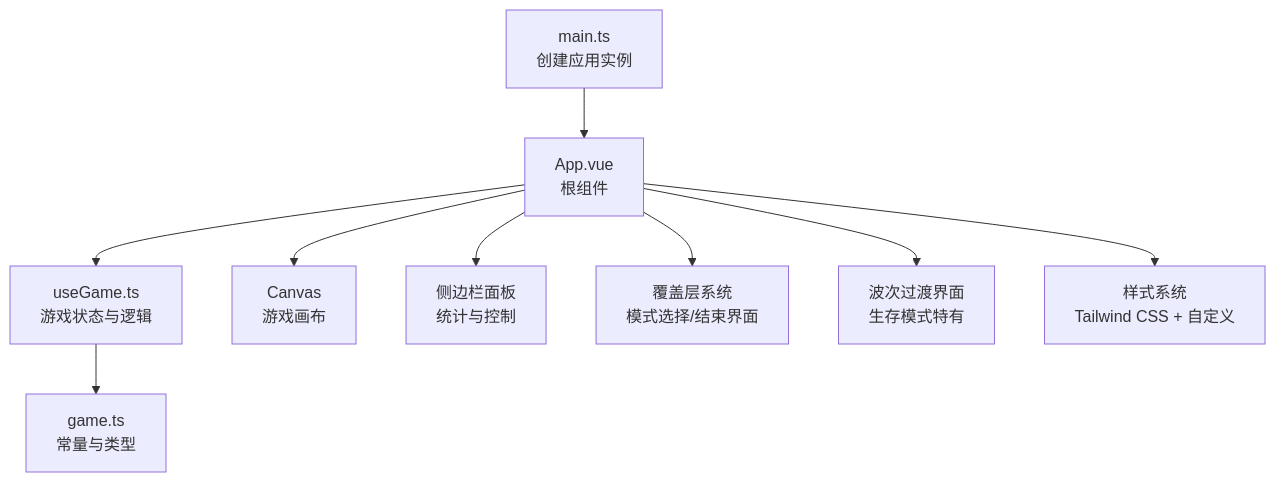
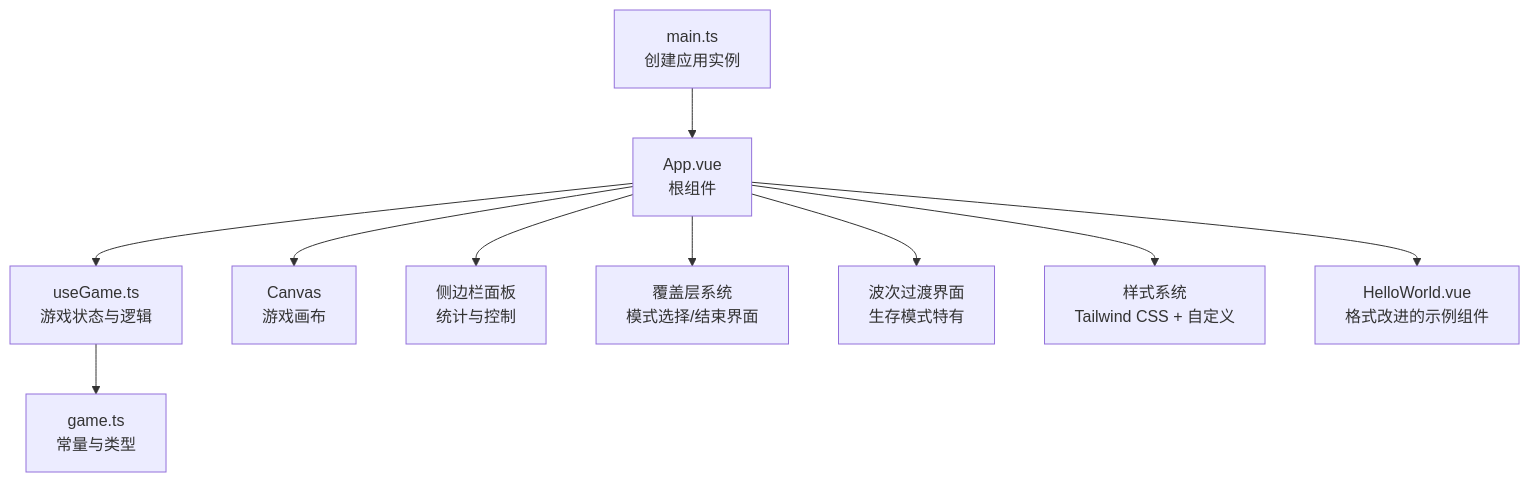
The first of 5 diagrams in .qoder/repowiki/zh/content/核心架构/Vue 组件架构.md (mrancc/reimagined-journey), drawn with Mermaid before and after one commit. The commit also changed other lines of this file and 3 other files, not shown here.

````diff
--- a/.qoder/repowiki/zh/content/核心架构/Vue 组件架构.md
+++ b/.qoder/repowiki/zh/content/核心架构/Vue 组件架构.md
@@ -47,11 +47,13 @@
 ```mermaid
 graph TB
 A["main.ts<br/>创建应用实例"] --> B["App.vue<br/>根组件"]
 B --> C["useGame.ts<br/>游戏状态与逻辑"]
 C --> D["game.ts<br/>常量与类型"]
 B --> E["Canvas<br/>游戏画布"]
 B --> F["侧边栏面板<br/>统计与控制"]
 B --> G["覆盖层系统<br/>模式选择/结束界面"]
 B --> H["波次过渡界面<br/>生存模式特有"]
 B --> I["样式系统<br/>Tailwind CSS + 自定义"]
+J["HelloWorld.vue<br/>格式改进的示例组件"]
+B --> J
 ```
````
